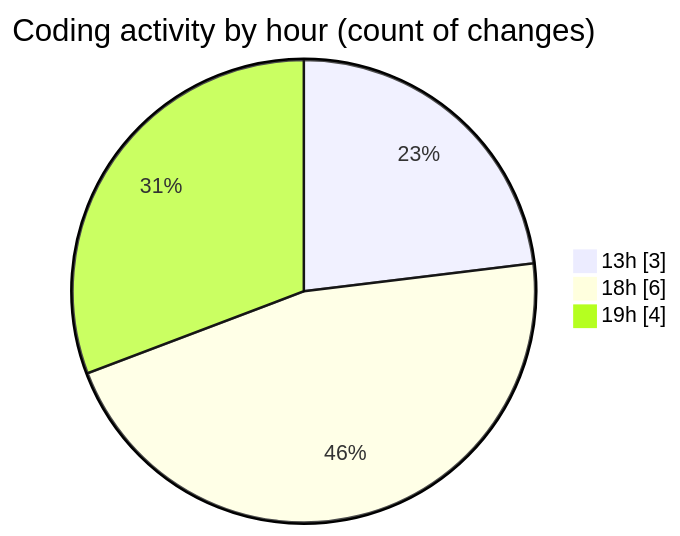
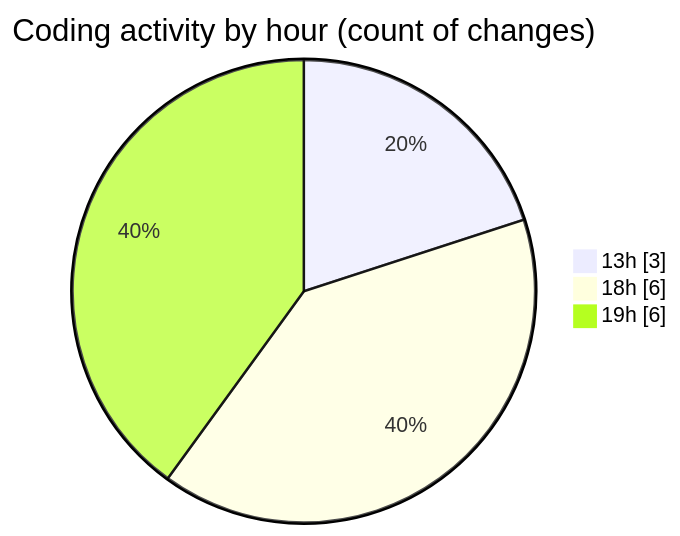
Before and after one commit to jrari/code-tracking: the second of 2 diagrams in 2025-07-16/telebot/README.md, drawn with Mermaid. The commit also changed other lines of this file and 1 other file, not shown here.

````diff
--- a/2025-07-16/telebot/README.md
+++ b/2025-07-16/telebot/README.md
@@ -34,7 +34,7 @@
 ```mermaid
 pie showData
 title Coding activity by hour (count of changes)
 "13h" : 3
 "18h" : 6
-"19h" : 4
+"19h" : 6
 ```
````
